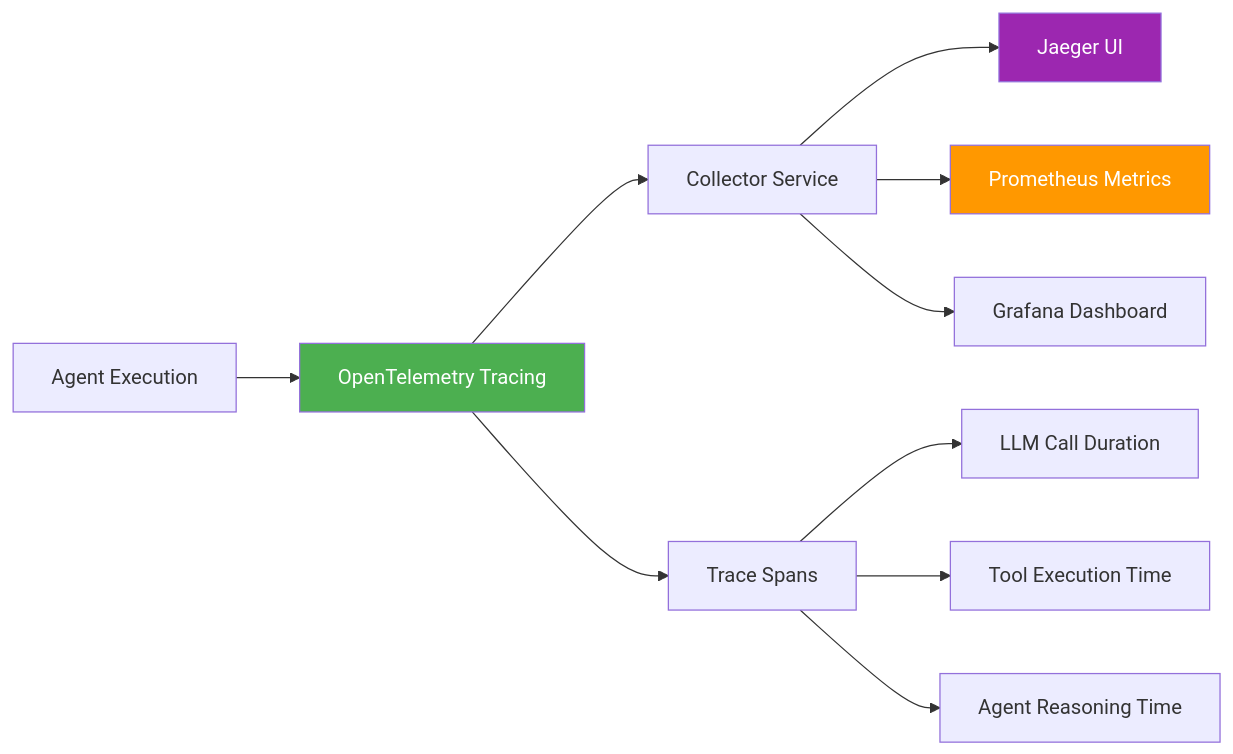
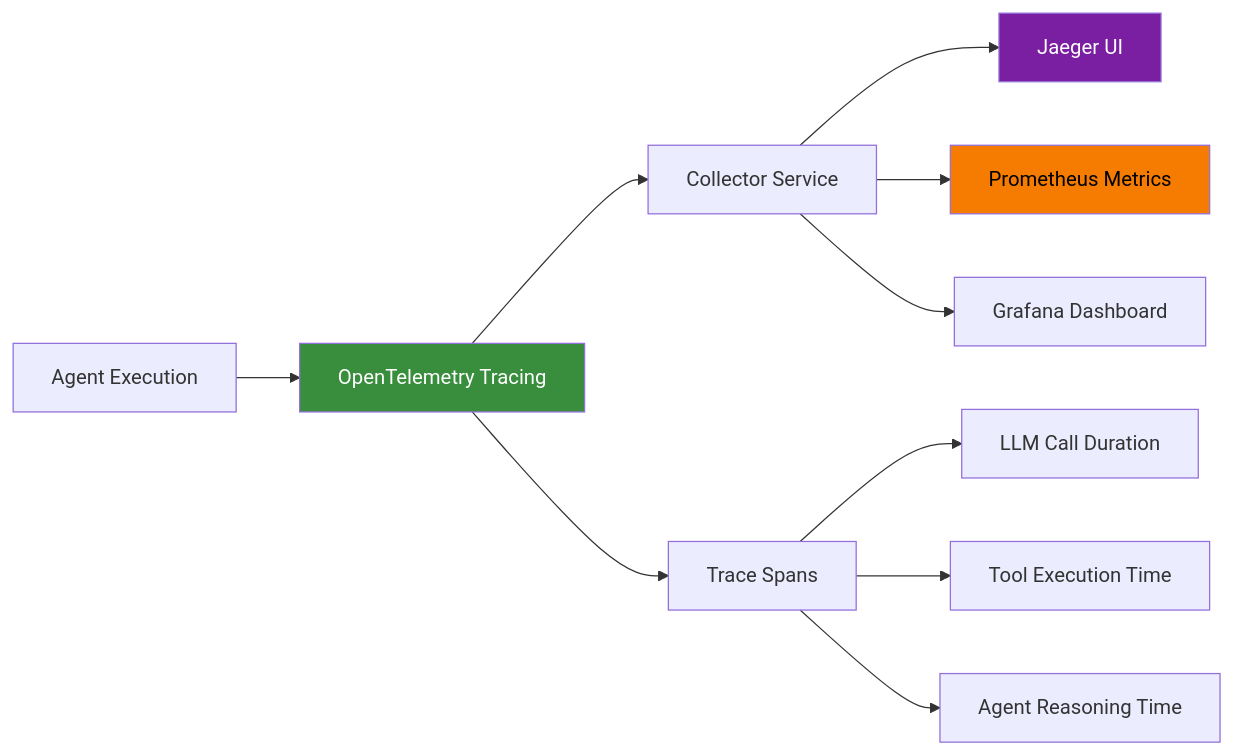
One commit to fwornle/agentic-ai-nano changed the ninth of 15 diagrams in docs-content/01_frameworks/Session1_ModuleD_Coding_Assistant_Case_Study.md. Above: the diagram before and after it, drawn with Mermaid. The commit also changed other lines of this file, not shown here.

````diff
--- a/docs-content/01_frameworks/Session1_ModuleD_Coding_Assistant_Case_Study.md
+++ b/docs-content/01_frameworks/Session1_ModuleD_Coding_Assistant_Case_Study.md
@@ -527,17 +527,17 @@
 ```mermaid
 graph LR
     A[Agent Execution] --> T[OpenTelemetry Tracing]
     T --> C[Collector Service]
     C --> J[Jaeger UI]
     C --> P[Prometheus Metrics]
     C --> G[Grafana Dashboard]
     
     T --> SPANS[Trace Spans]
     SPANS --> LLM[LLM Call Duration]
     SPANS --> TOOL[Tool Execution Time]
     SPANS --> AGENT[Agent Reasoning Time]
     
-    style T fill:#4CAF50,color:#ffffff
-    style J fill:#9C27B0,color:#ffffff
-    style P fill:#FF9800,color:#ffffff
+    style T fill:#388E3C,color:#ffffff
+    style J fill:#7B1FA2,color:#ffffff
+    style P fill:#F57C00,color:#000000
 ```
````
